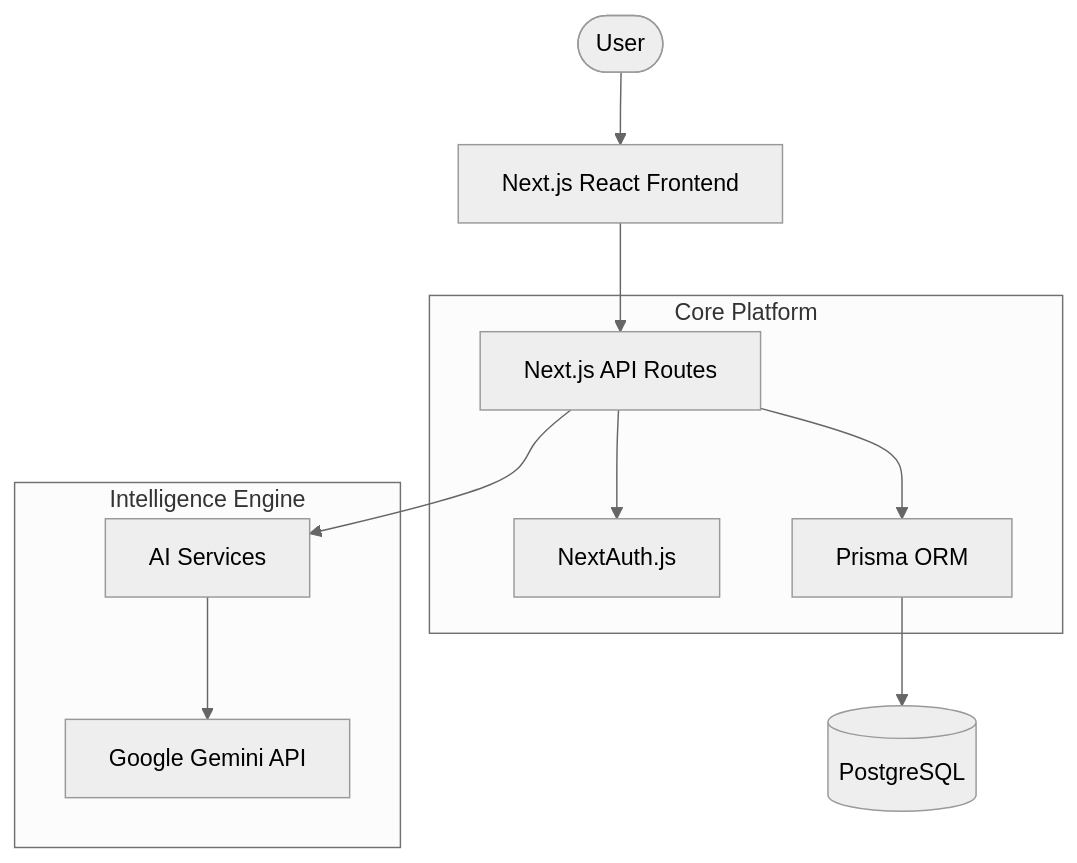
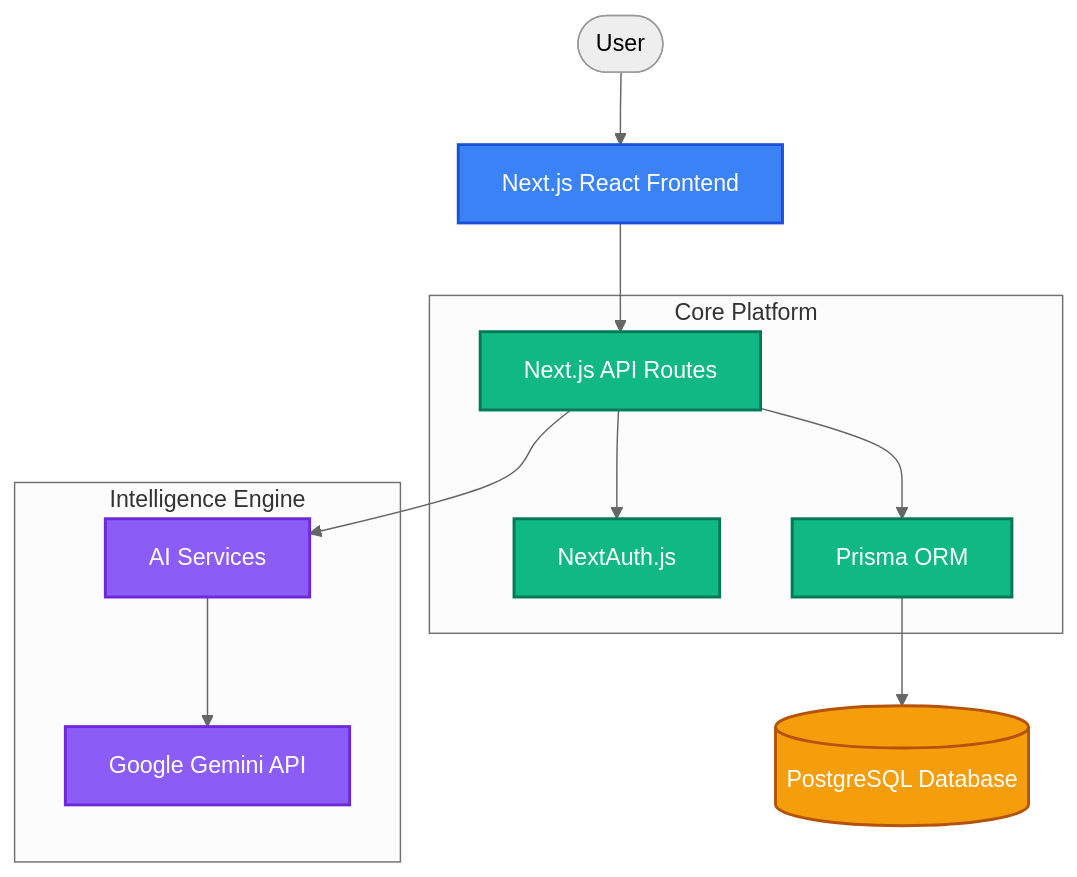
The first of 7 diagrams in README.md (genius-0963/-Compensation-Intelligence-System), drawn with Mermaid (neutral theme) before and after one commit. The commit also changed other lines of this file, not shown here.

Commit message:
docs: enrich README with styled architectural flowcharts

````diff
--- a/README.md
+++ b/README.md
@@ -62,17 +62,30 @@
 ```mermaid
 graph TD
     User([User]) --> Frontend[Next.js React Frontend]
     Frontend --> API[Next.js API Routes]
     
     subgraph Core Platform
         API --> Auth[NextAuth.js]
         API --> DB_Layer[Prisma ORM]
     end
     
     subgraph Intelligence Engine
         API --> AIService[AI Services]
         AIService --> Gemini[Google Gemini API]
     end
     
-    DB_Layer --> Postgres[(PostgreSQL)]
+    DB_Layer --> Postgres[(PostgreSQL Database)]
+    
+    classDef frontend fill:#3b82f6,stroke:#1d4ed8,stroke-width:2px,color:#fff
+    classDef backend fill:#10b981,stroke:#047857,stroke-width:2px,color:#fff
+    classDef database fill:#f59e0b,stroke:#b45309,stroke-width:2px,color:#fff
+    classDef ai fill:#8b5cf6,stroke:#6d28d9,stroke-width:2px,color:#fff
+    
+    class Frontend frontend
+    class API backend
+    class Auth backend
+    class DB_Layer backend
+    class Postgres database
+    class AIService ai
+    class Gemini ai
 ```
````
